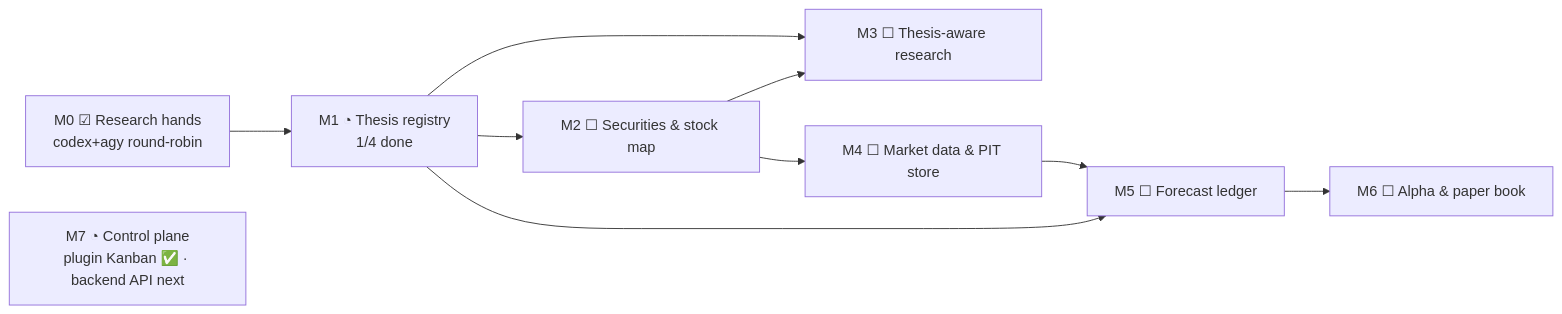
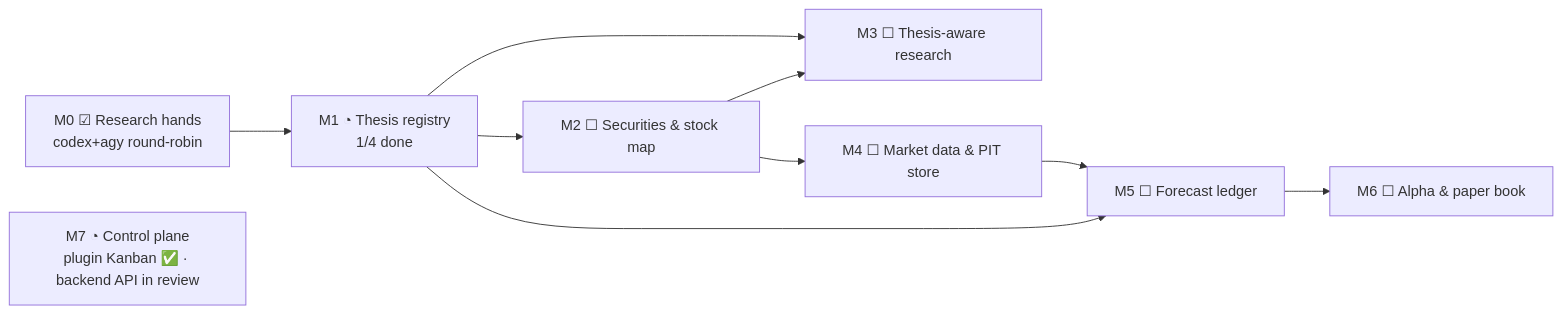
The first of 2 diagrams in README.md (dmquant/institute-one), drawn with Mermaid before and after one commit. The commit also changed other lines of this file and 2 other files, not shown here.

Commit message:
Refresh roadmap execution-map diagrams for M7-001
Board is now 16 cards: 3 done, 1 in review (M7-001), 5 ready, 7 inbox.

````diff
--- a/README.md
+++ b/README.md
@@ -158,15 +158,15 @@
 ```mermaid
 flowchart LR
     M0["M0 ☑ Research hands<br/>codex+agy round-robin"]
     M1["M1 ◔ Thesis registry<br/>1/4 done"]
     M2["M2 ☐ Securities & stock map"]
     M3["M3 ☐ Thesis-aware research"]
     M4["M4 ☐ Market data & PIT store"]
     M5["M5 ☐ Forecast ledger"]
     M6["M6 ☐ Alpha & paper book"]
-    M7["M7 ◔ Control plane<br/>plugin Kanban ✅ · backend API next"]
+    M7["M7 ◔ Control plane<br/>plugin Kanban ✅ · backend API in review"]
     M0 --> M1 --> M2
     M1 & M2 --> M3
     M2 --> M4 --> M5 --> M6
     M1 --> M5
 ```
````
